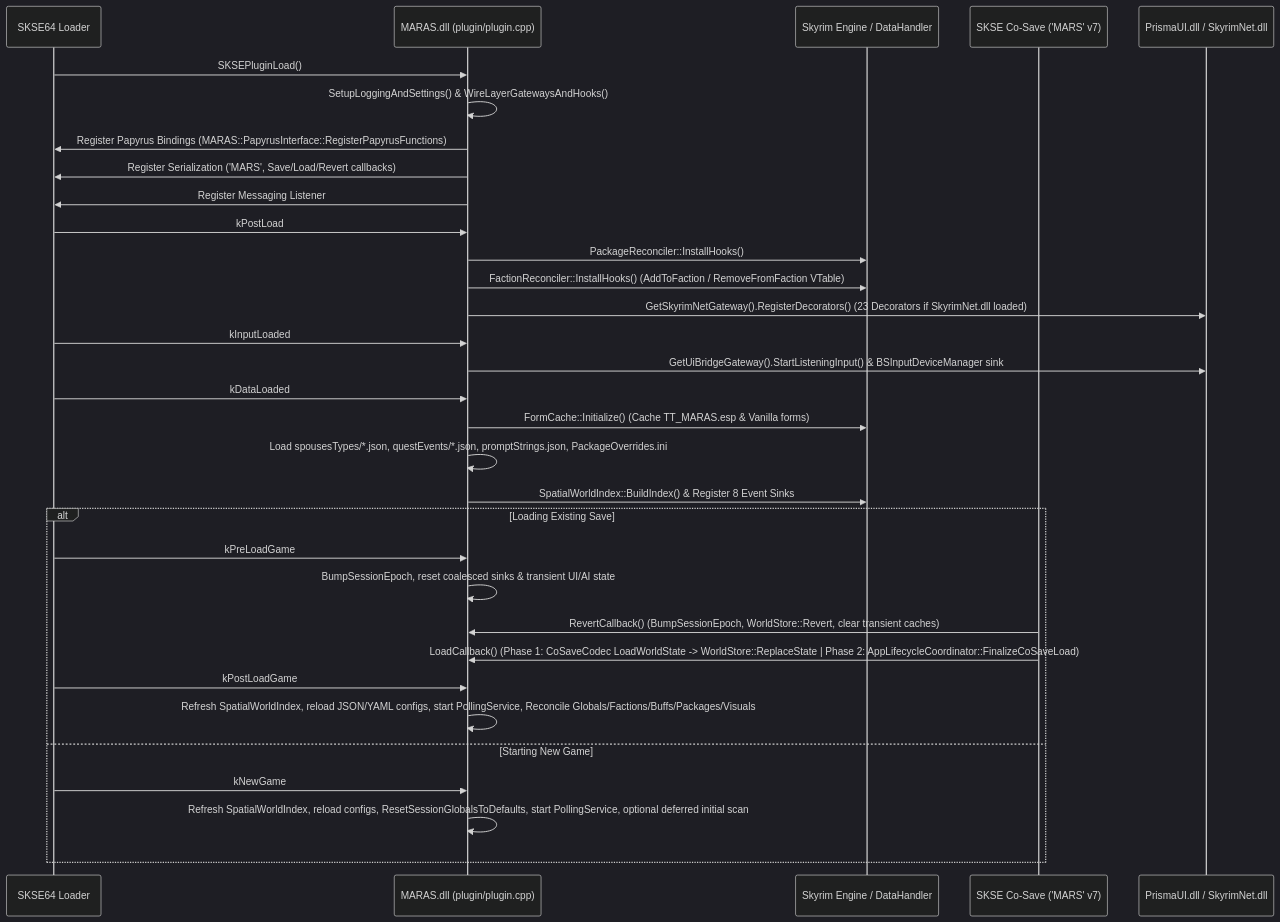
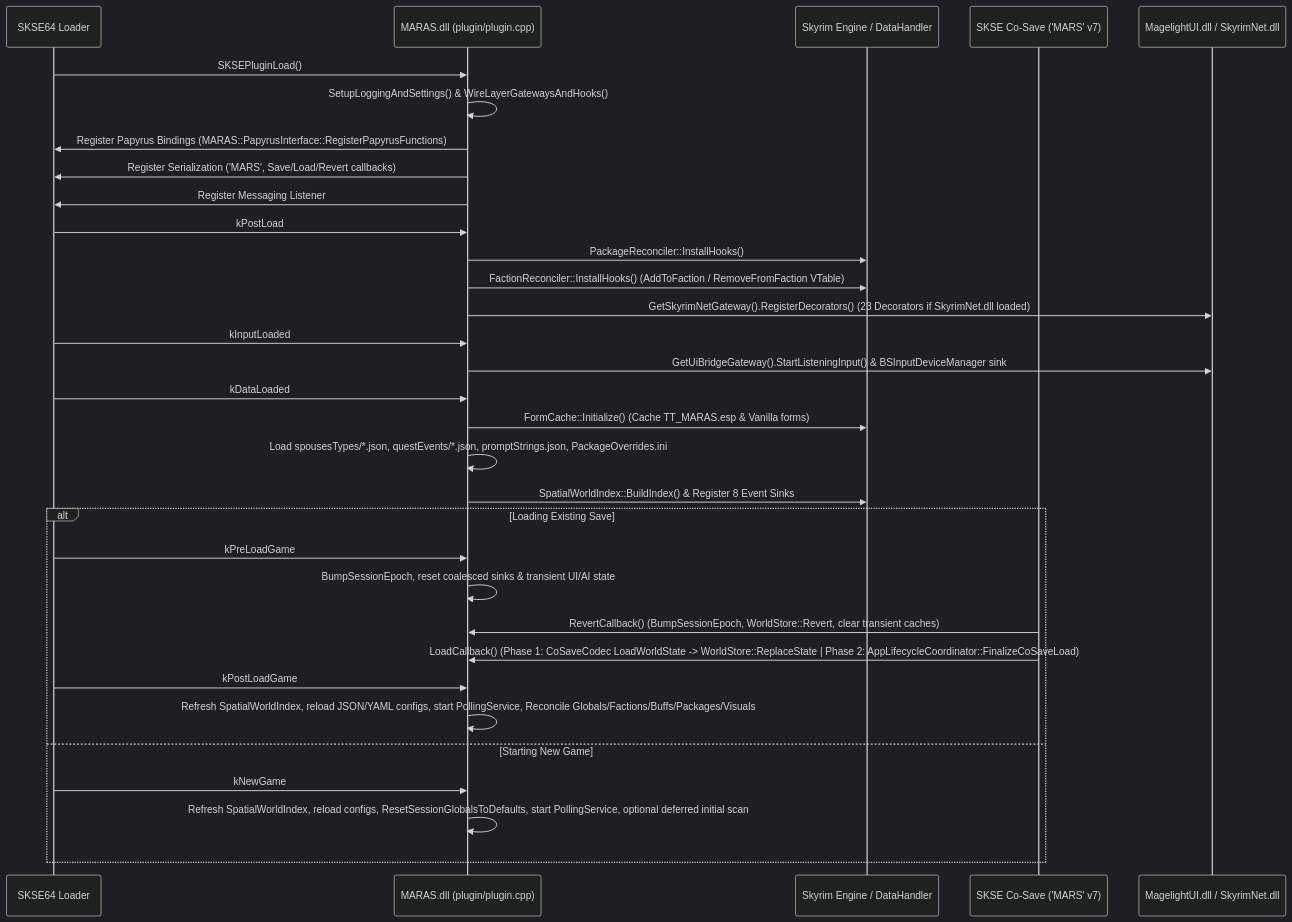
Before and after one commit to tetherball88/maras: the second of 2 diagrams in docs/modder/ARCHITECTURE.md, drawn with Mermaid (dark theme). The commit also changed other lines of this file and 311 other files, not shown here.

````diff
--- a/docs/modder/ARCHITECTURE.md
+++ b/docs/modder/ARCHITECTURE.md
@@ -112,39 +112,39 @@
 ```mermaid
 sequenceDiagram
     participant SKSE as SKSE64 Loader
     participant Plugin as MARAS.dll (plugin/plugin.cpp)
     participant Engine as Skyrim Engine / DataHandler
     participant CoSave as SKSE Co-Save ('MARS' v7)
-    participant UI as PrismaUI.dll / SkyrimNet.dll
+    participant UI as MagelightUI.dll / SkyrimNet.dll
 
     SKSE->>Plugin: SKSEPluginLoad()
     Plugin->>Plugin: SetupLoggingAndSettings() & WireLayerGatewaysAndHooks()
     Plugin->>SKSE: Register Papyrus Bindings (MARAS::PapyrusInterface::RegisterPapyrusFunctions)
     Plugin->>SKSE: Register Serialization ('MARS', Save/Load/Revert callbacks)
     Plugin->>SKSE: Register Messaging Listener
 
     SKSE->>Plugin: kPostLoad
     Plugin->>Engine: PackageReconciler::InstallHooks()
     Plugin->>Engine: FactionReconciler::InstallHooks() (AddToFaction / RemoveFromFaction VTable)
     Plugin->>UI: GetSkyrimNetGateway().RegisterDecorators() (23 Decorators if SkyrimNet.dll loaded)
 
     SKSE->>Plugin: kInputLoaded
     Plugin->>UI: GetUiBridgeGateway().StartListeningInput() & BSInputDeviceManager sink
 
     SKSE->>Plugin: kDataLoaded
     Plugin->>Engine: FormCache::Initialize() (Cache TT_MARAS.esp & Vanilla forms)
     Plugin->>Plugin: Load spousesTypes/*.json, questEvents/*.json, promptStrings.json, PackageOverrides.ini
     Plugin->>Engine: SpatialWorldIndex::BuildIndex() & Register 8 Event Sinks
 
     alt Loading Existing Save
         SKSE->>Plugin: kPreLoadGame
         Plugin->>Plugin: BumpSessionEpoch, reset coalesced sinks & transient UI/AI state
         CoSave->>Plugin: RevertCallback() (BumpSessionEpoch, WorldStore::Revert, clear transient caches)
         CoSave->>Plugin: LoadCallback() (Phase 1: CoSaveCodec LoadWorldState -> WorldStore::ReplaceState | Phase 2: AppLifecycleCoordinator::FinalizeCoSaveLoad)
         SKSE->>Plugin: kPostLoadGame
         Plugin->>Plugin: Refresh SpatialWorldIndex, reload JSON/YAML configs, start PollingService, Reconcile Globals/Factions/Buffs/Packages/Visuals
     else Starting New Game
         SKSE->>Plugin: kNewGame
         Plugin->>Plugin: Refresh SpatialWorldIndex, reload configs, ResetSessionGlobalsToDefaults, start PollingService, optional deferred initial scan
     end
 ```
````
